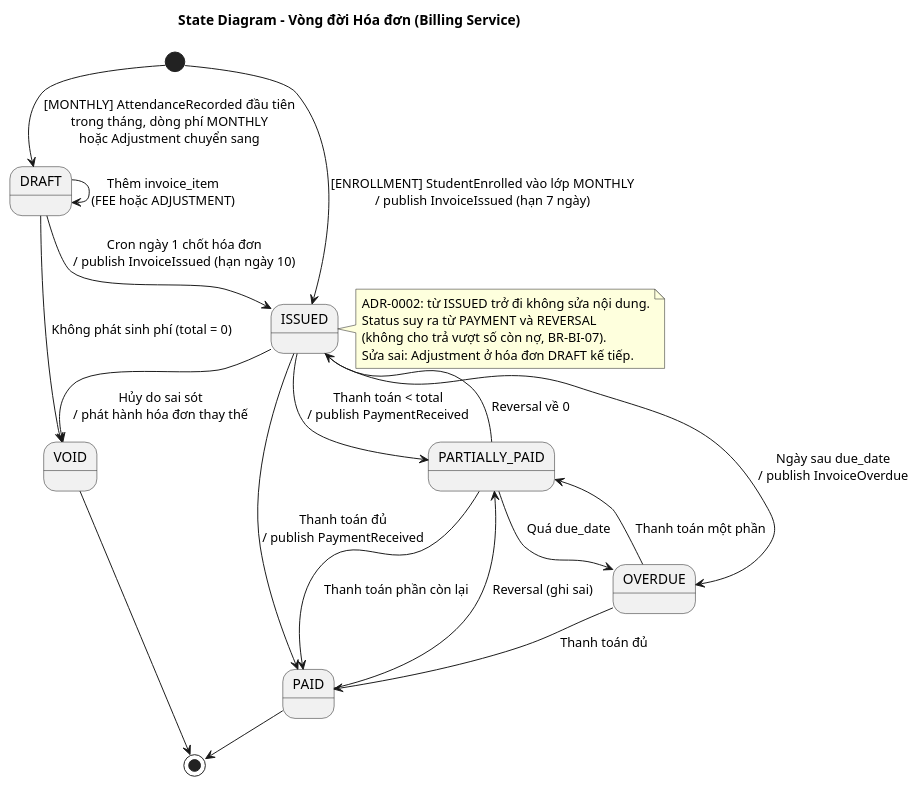
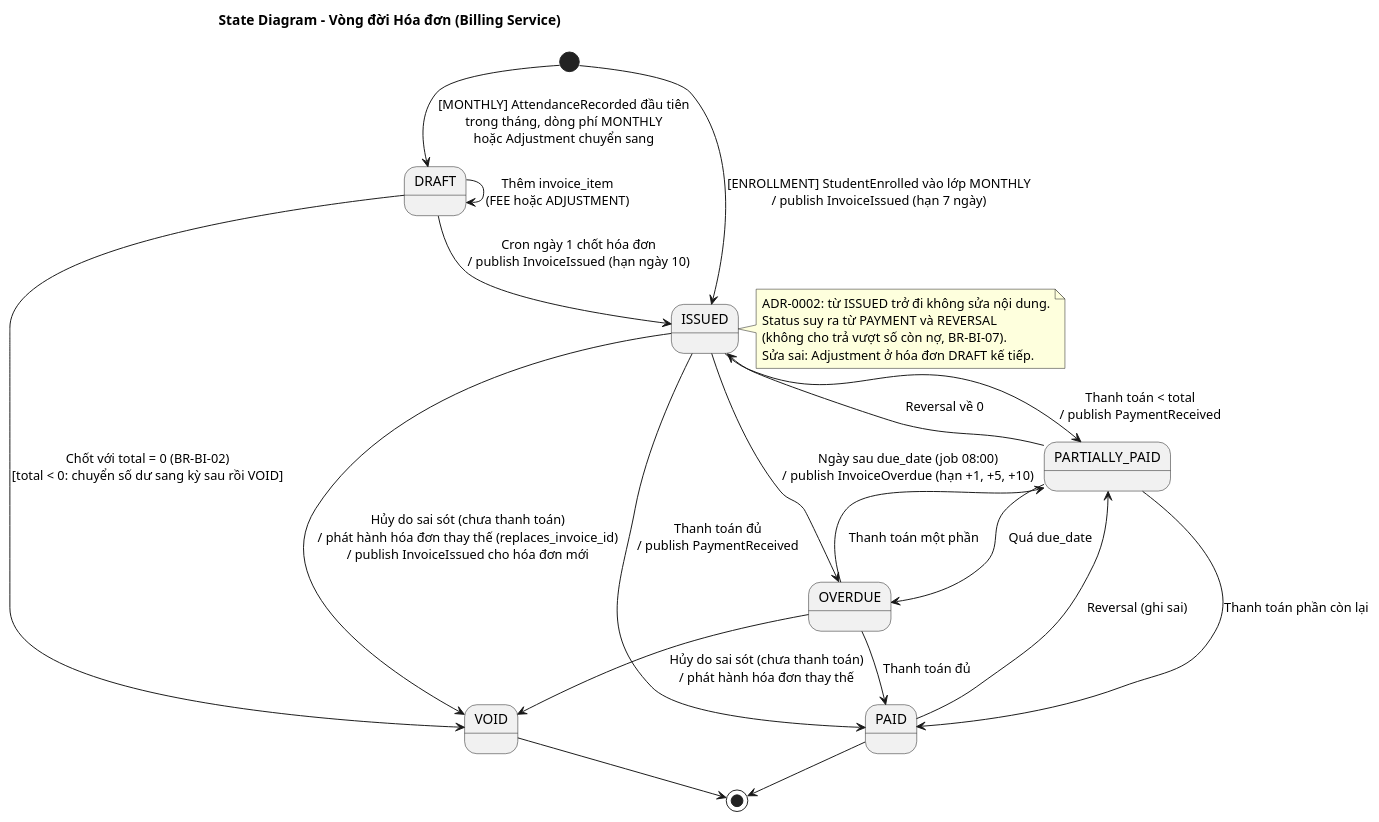
The fourth of 5 diagrams in docs/diagrams/09-state-lifecycle.puml (thuanbui-1203/private-tutor-management-system), drawn with PlantUML before and after one commit. The commit also changed 4 other files, not shown here.

First line of the commit message:
Billing: hoàn tất chốt tháng, quá hạn, hủy và phát hành thay thế

```diff
--- a/docs/diagrams/09-state-lifecycle.puml
+++ b/docs/diagrams/09-state-lifecycle.puml
@@ -100,35 +100,36 @@
 @startuml 09-state-invoice
 ' Bỏ dòng pragma nếu máy đã cài Graphviz
 !pragma layout smetana
 title State Diagram - Vòng đời Hóa đơn (Billing Service)
 
 [*] --> DRAFT : [MONTHLY] AttendanceRecorded đầu tiên\ntrong tháng, dòng phí MONTHLY\nhoặc Adjustment chuyển sang
 [*] --> ISSUED : [ENROLLMENT] StudentEnrolled vào lớp MONTHLY\n/ publish InvoiceIssued (hạn 7 ngày)
 
 DRAFT --> DRAFT : Thêm invoice_item\n(FEE hoặc ADJUSTMENT)
 DRAFT --> ISSUED : Cron ngày 1 chốt hóa đơn\n/ publish InvoiceIssued (hạn ngày 10)
-DRAFT --> VOID : Không phát sinh phí (total = 0)
+DRAFT --> VOID : Chốt với total = 0 (BR-BI-02)\n[total < 0: chuyển số dư sang kỳ sau rồi VOID]
 
 ISSUED --> PARTIALLY_PAID : Thanh toán < total\n/ publish PaymentReceived
 ISSUED --> PAID : Thanh toán đủ\n/ publish PaymentReceived
-ISSUED --> OVERDUE : Ngày sau due_date\n/ publish InvoiceOverdue
-ISSUED --> VOID : Hủy do sai sót\n/ phát hành hóa đơn thay thế
+ISSUED --> OVERDUE : Ngày sau due_date (job 08:00)\n/ publish InvoiceOverdue (hạn +1, +5, +10)
+ISSUED --> VOID : Hủy do sai sót (chưa thanh toán)\n/ phát hành hóa đơn thay thế (replaces_invoice_id)\n/ publish InvoiceIssued cho hóa đơn mới
+OVERDUE --> VOID : Hủy do sai sót (chưa thanh toán)\n/ phát hành hóa đơn thay thế
 
 PARTIALLY_PAID --> PAID : Thanh toán phần còn lại
 PARTIALLY_PAID --> OVERDUE : Quá due_date
 PARTIALLY_PAID --> ISSUED : Reversal về 0
 
 OVERDUE --> PARTIALLY_PAID : Thanh toán một phần
 OVERDUE --> PAID : Thanh toán đủ
 
 PAID --> PARTIALLY_PAID : Reversal (ghi sai)
 PAID --> [*]
 VOID --> [*]
 
 note right of ISSUED
   ADR-0002: từ ISSUED trở đi không sửa nội dung.
   Status suy ra từ PAYMENT và REVERSAL
   (không cho trả vượt số còn nợ, BR-BI-07).
   Sửa sai: Adjustment ở hóa đơn DRAFT kế tiếp.
 end note
 @enduml
```
